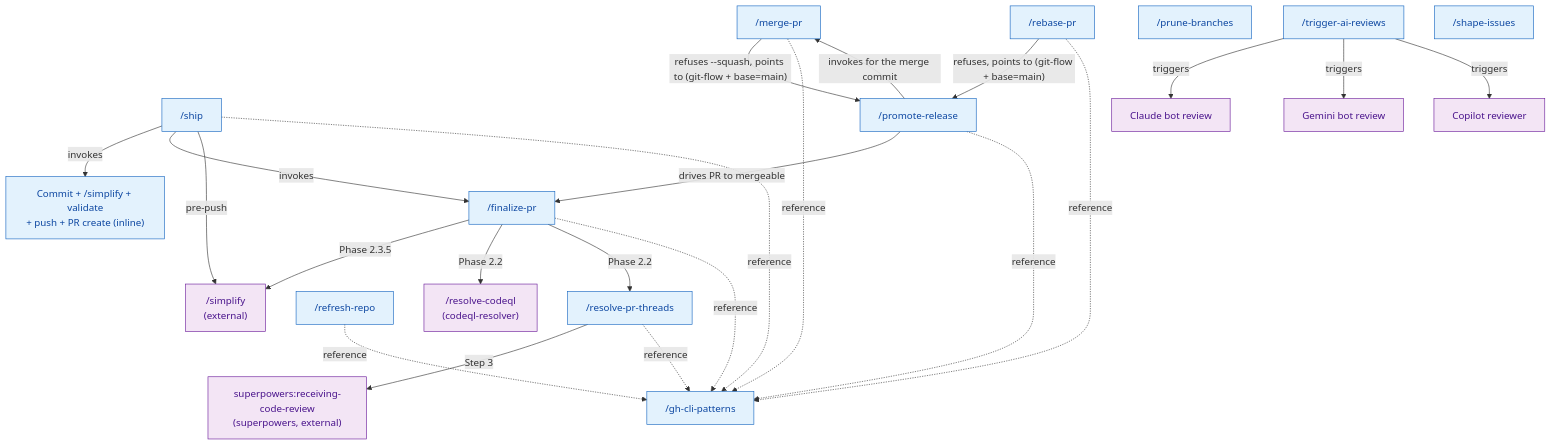
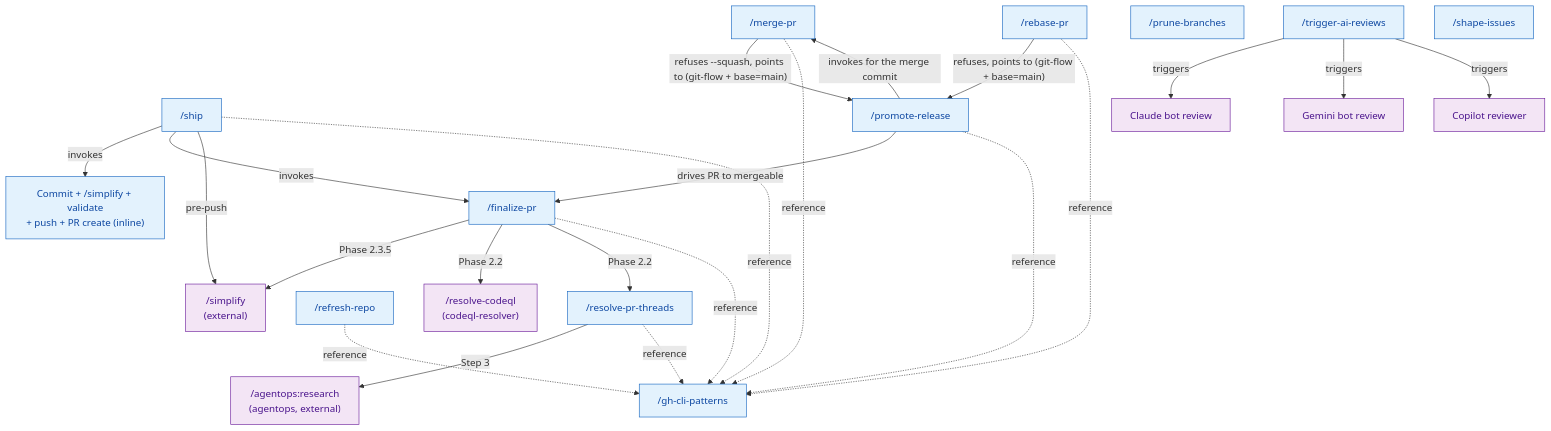
One commit to dryvist/claude-code-plugins changed the second of 3 diagrams in github-workflows/ARCHITECTURE.md. Above: the diagram before and after it, drawn with Mermaid. The commit also changed 4 other files, not shown here.

First line of the commit message:
feat(github-workflows): check review claims with agentops instead of superpowers

````diff
--- a/github-workflows/ARCHITECTURE.md
+++ b/github-workflows/ARCHITECTURE.md
@@ -39,52 +39,52 @@
 ```mermaid
 flowchart TD
     SHIP["/ship"]:::ai
     FPR["/finalize-pr"]:::ai
     RPT["/resolve-pr-threads"]:::ai
     SMP["/merge-pr"]:::ai
     RBP["/rebase-pr"]:::ai
     PRR["/promote-release"]:::ai
     RFR["/refresh-repo"]:::ai
     PBR["/prune-branches"]:::ai
     GCP["/gh-cli-patterns"]:::ai
     TAR["/trigger-ai-reviews"]:::ai
     SI["/shape-issues"]:::ai
 
     CPR["Commit + /simplify + validate\n+ push + PR create (inline)"]:::ai
     RCQ["/resolve-codeql\n(codeql-resolver)"]:::external
     SIMP["/simplify\n(external)"]:::external
-    RCR["superpowers:receiving-code-review\n(superpowers, external)"]:::external
+    RCR["/agentops:research\n(agentops, external)"]:::external
     CLAUDE["Claude bot review"]:::external
     GEMINI["Gemini bot review"]:::external
     COPILOT["Copilot reviewer"]:::external
 
     SHIP -->|"invokes"| CPR
     SHIP -->|"invokes"| FPR
 
     SHIP -->|"pre-push"| SIMP
     FPR -->|"Phase 2.3.5"| SIMP
     FPR -->|"Phase 2.2"| RCQ
     FPR -->|"Phase 2.2"| RPT
 
     RPT -->|"Step 3"| RCR
 
     SMP -->|"refuses --squash, points to (git-flow + base=main)"| PRR
     RBP -->|"refuses, points to (git-flow + base=main)"| PRR
     PRR -->|"drives PR to mergeable"| FPR
     PRR -->|"invokes for the merge commit"| SMP
 
     FPR -.->|"reference"| GCP
     SHIP -.->|"reference"| GCP
     SMP -.->|"reference"| GCP
     RBP -.->|"reference"| GCP
     PRR -.->|"reference"| GCP
     RFR -.->|"reference"| GCP
     RPT -.->|"reference"| GCP
 
     TAR -->|"triggers"| CLAUDE
     TAR -->|"triggers"| GEMINI
     TAR -->|"triggers"| COPILOT
 
     classDef ai fill:#e3f2fd,stroke:#1565c0,color:#0d47a1
     classDef external fill:#f3e5f5,stroke:#6a1b9a,color:#4a148c
 ```
````
